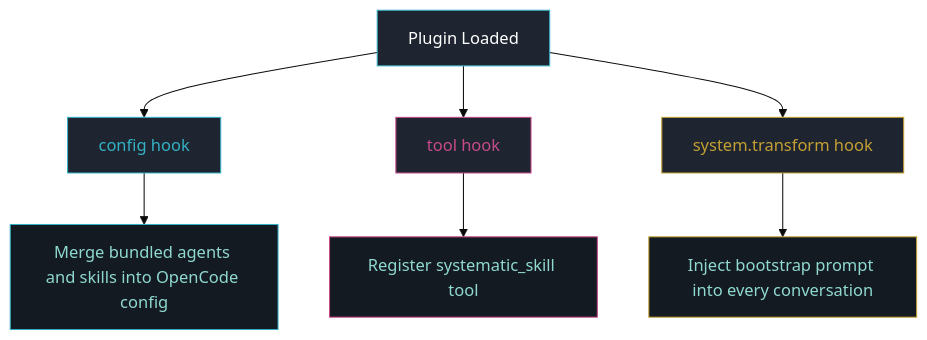
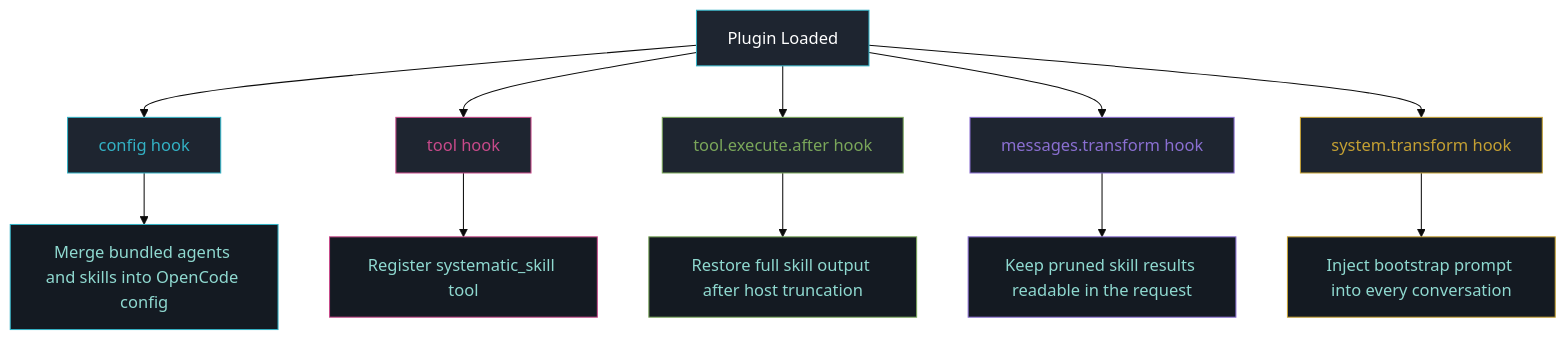
Before and after one commit to marcusrbrown/systematic: the diagram in docs/src/content/docs/guides/architecture.mdx, drawn with Mermaid (base theme). The commit also changed other lines of this file and 2 other files, not shown here.

Commit message:
docs(guide): document the pruned-skill transform and its limits
Describe the messages transform in the architecture guide. The hooks diagram
now includes the after-tool and messages hooks, and a new section explains
that a loaded skill's body survives compaction pruning and the retained tail
but not full-session summarization. It also covers the request-only scope,
the protect-window cost, the 2,000-character slice the full-session
summarizer sees, and that hosts without the hook keep the placeholder.

The truncation learning gains a Pruning section with the same limits and a
note that the isolated test host forces prune off, so a prune test must clear
that flag for its own host.

````diff
--- a/docs/src/content/docs/guides/architecture.mdx
+++ b/docs/src/content/docs/guides/architecture.mdx
@@ -20,18 +20,26 @@
 ```mermaid
 flowchart TB
     A[Plugin Loaded] --> B[config hook]
     A --> C[tool hook]
-    A --> D[system.transform hook]
+    A --> D[tool.execute.after hook]
+    A --> E[messages.transform hook]
+    A --> F[system.transform hook]
 
-    B --> E[Merge bundled agents and skills into OpenCode config]
-    C --> F[Register systematic_skill tool]
-    D --> G[Inject bootstrap prompt into every conversation]
+    B --> G[Merge bundled agents and skills into OpenCode config]
+    C --> H[Register systematic_skill tool]
+    D --> I[Restore full skill output after host truncation]
+    E --> J[Keep pruned skill results readable in the request]
+    F --> K[Inject bootstrap prompt into every conversation]
 
     style A fill:#1e2530,stroke:#33b1c4,color:#fff
     style B fill:#1e2530,stroke:#33b1c4,color:#33b1c4
     style C fill:#1e2530,stroke:#c74a8a,color:#c74a8a
-    style D fill:#1e2530,stroke:#c4a033,color:#c4a033
-    style E fill:#141a22,stroke:#33b1c4,color:#8fd9d0
-    style F fill:#141a22,stroke:#c74a8a,color:#8fd9d0
-    style G fill:#141a22,stroke:#c4a033,color:#8fd9d0
+    style D fill:#1e2530,stroke:#7aa65a,color:#7aa65a
+    style E fill:#1e2530,stroke:#8a6fd1,color:#8a6fd1
+    style F fill:#1e2530,stroke:#c4a033,color:#c4a033
+    style G fill:#141a22,stroke:#33b1c4,color:#8fd9d0
+    style H fill:#141a22,stroke:#c74a8a,color:#8fd9d0
+    style I fill:#141a22,stroke:#7aa65a,color:#8fd9d0
+    style J fill:#141a22,stroke:#8a6fd1,color:#8fd9d0
+    style K fill:#141a22,stroke:#c4a033,color:#8fd9d0
 ```
````
